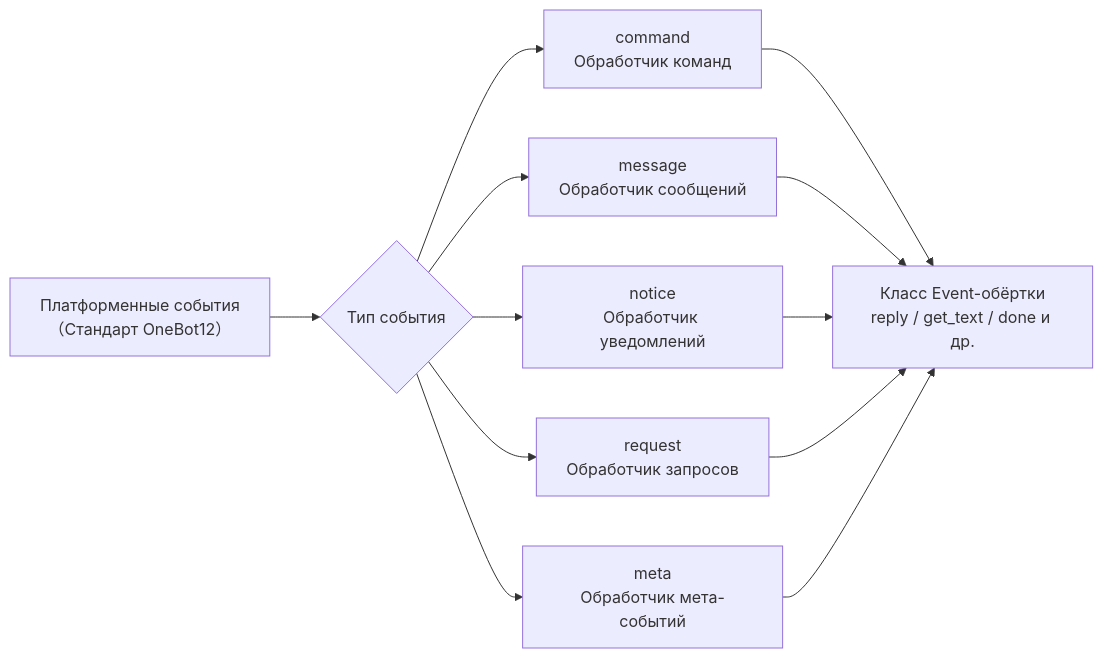
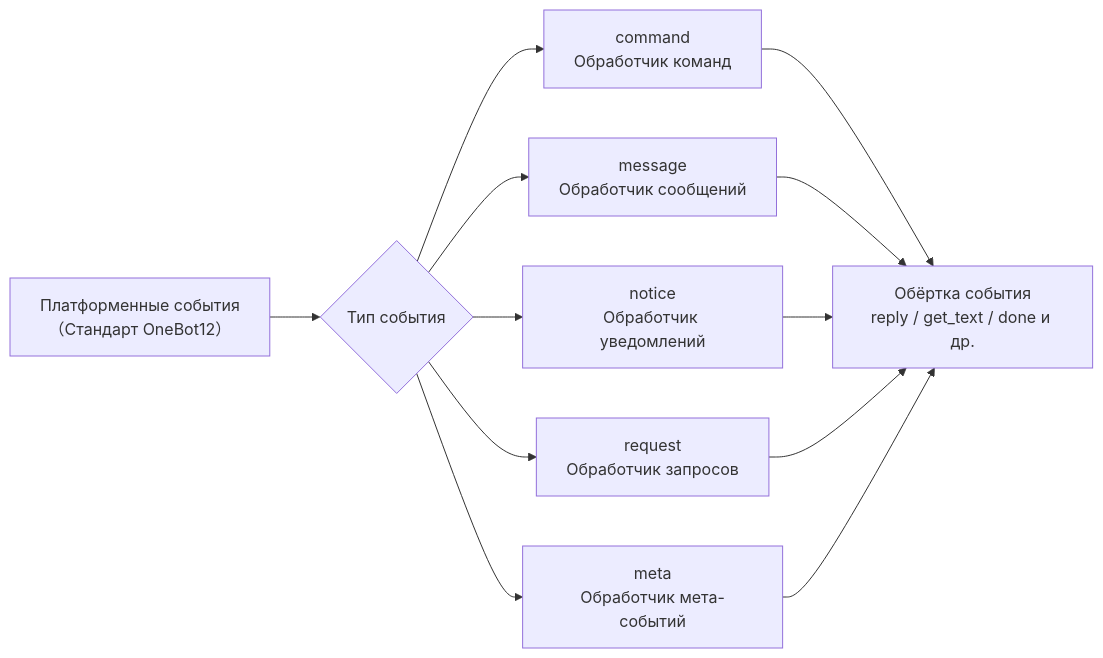
One commit to ErisPulse/ErisPulse changed the diagram in docs/ru/api-reference/event-system.md. Above: the diagram before and after it, drawn with Mermaid. The commit also changed other lines of this file and 299 other files, not shown here.

````diff
--- a/docs/ru/api-reference/event-system.md
+++ b/docs/ru/api-reference/event-system.md
@@ -7,10 +7,10 @@
 ```mermaid
 flowchart LR
     A["Платформенные события<br/>（Стандарт OneBot12）"] --> B{"Тип события"}
     B --> C["command<br/>Обработчик команд"]
     B --> D["message<br/>Обработчик сообщений"]
     B --> E["notice<br/>Обработчик уведомлений"]
     B --> F["request<br/>Обработчик запросов"]
     B --> G["meta<br/>Обработчик мета-событий"]
-    C & D & E & F & G --> H["Класс Event-обёртки<br/>reply / get_text / done и др."]
+    C & D & E & F & G --> H["Обёртка события<br/>reply / get_text / done и др."]
 ```
````
